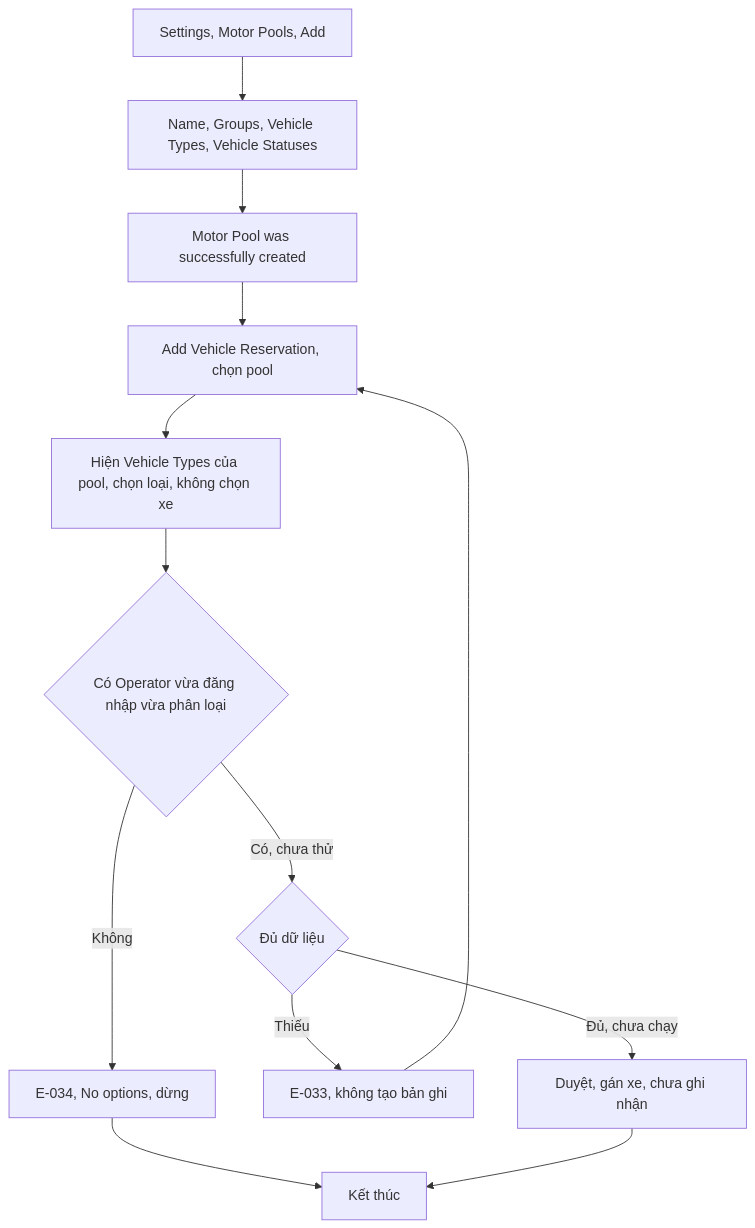
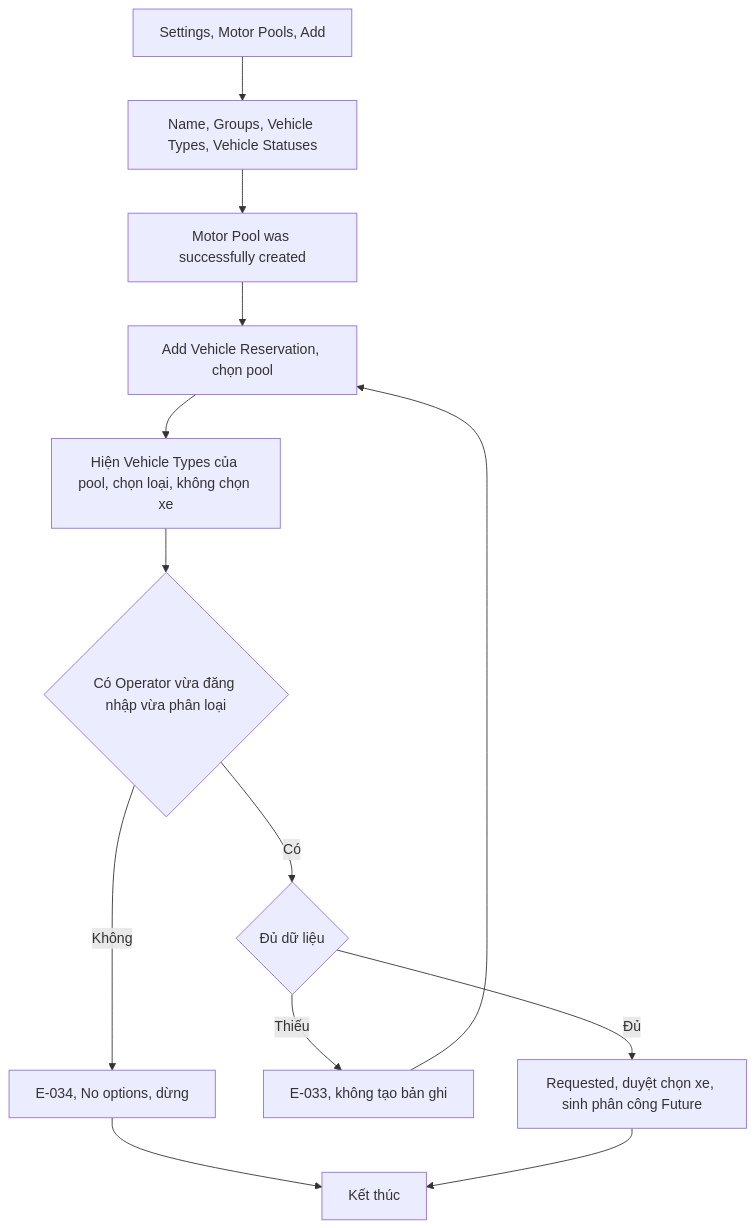
Diagram 18 of 18 in docs/_research/fleetio/srs/fleetio-vehicle-flows.md (szitphan/invlogis), drawn with Mermaid before and after one commit. The commit also changed other lines of this file and 40 other files, not shown here.

First line of the commit message:
research: Fleetio lượt 6, đặt xe Motor Pool, Archive khi có đặt chỗ, soát và nối flow 59 màn

````diff
--- a/docs/_research/fleetio/srs/fleetio-vehicle-flows.md
+++ b/docs/_research/fleetio/srs/fleetio-vehicle-flows.md
@@ -391,15 +395,15 @@
 ```mermaid
 flowchart TD
     A["Settings, Motor Pools, Add"] --> B["Name, Groups, Vehicle Types, Vehicle Statuses"]
     B --> C["Motor Pool was successfully created"]
     C --> D["Add Vehicle Reservation, chọn pool"]
     D --> E["Hiện Vehicle Types của pool, chọn loại, không chọn xe"]
     E --> F{"Có Operator vừa đăng nhập vừa phân loại"}
     F -->|"Không"| G["E-034, No options, dừng"]
-    F -->|"Có, chưa thử"| H{"Đủ dữ liệu"}
+    F -->|"Có"| H{"Đủ dữ liệu"}
     H -->|"Thiếu"| I["E-033, không tạo bản ghi"]
     I --> D
-    H -->|"Đủ, chưa chạy"| J["Duyệt, gán xe, chưa ghi nhận"]
+    H -->|"Đủ"| J["Requested, duyệt chọn xe, sinh phân công Future"]
     G --> Z["Kết thúc"]
     J --> Z
 ```
````
